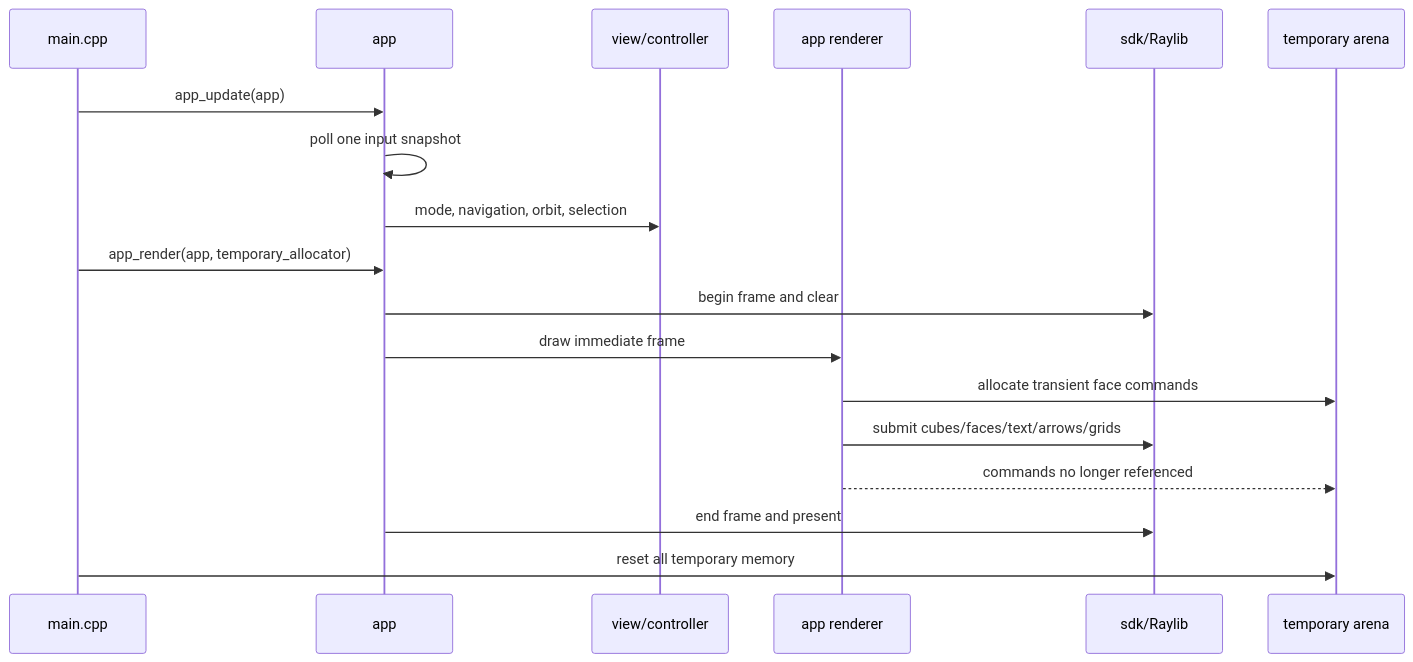
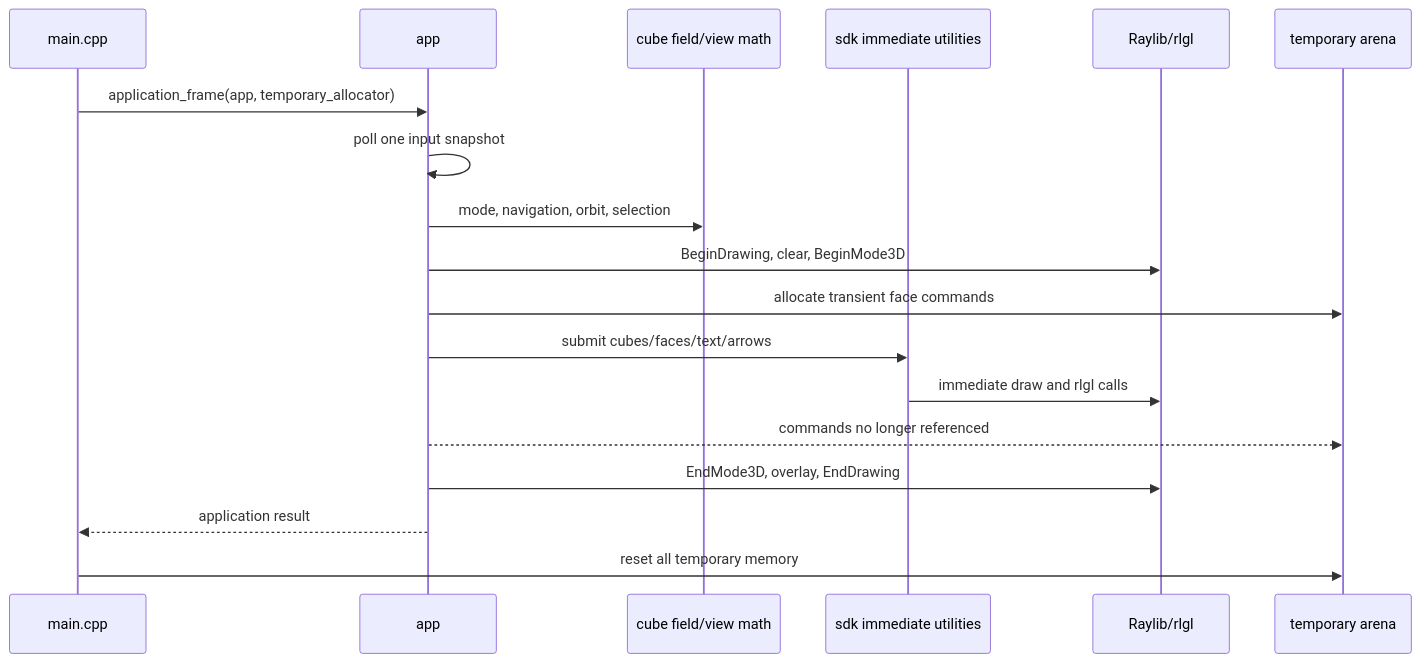
Before and after one commit to michael-weems/raylib_practice: the fifth of 11 diagrams in REPORT.md, drawn with Mermaid. The commit also changed other lines of this file and 43 other files, not shown here.

````diff
--- a/REPORT.md
+++ b/REPORT.md
@@ -465,21 +475,21 @@
 ```mermaid
 sequenceDiagram
     participant Main as main.cpp
     participant App as app
-    participant View as view/controller
-    participant Renderer as app renderer
-    participant SDK as sdk/Raylib
+    participant View as cube field/view math
+    participant SDK as sdk immediate utilities
+    participant Raylib as Raylib/rlgl
     participant Arena as temporary arena
 
-    Main->>App: app_update(app)
+    Main->>App: application_frame(app, temporary_allocator)
     App->>App: poll one input snapshot
     App->>View: mode, navigation, orbit, selection
-    Main->>App: app_render(app, temporary_allocator)
-    App->>SDK: begin frame and clear
-    App->>Renderer: draw immediate frame
-    Renderer->>Arena: allocate transient face commands
-    Renderer->>SDK: submit cubes/faces/text/arrows/grids
-    Renderer-->>Arena: commands no longer referenced
-    App->>SDK: end frame and present
+    App->>Raylib: BeginDrawing, clear, BeginMode3D
+    App->>Arena: allocate transient face commands
+    App->>SDK: submit cubes/faces/text/arrows
+    SDK->>Raylib: immediate draw and rlgl calls
+    App-->>Arena: commands no longer referenced
+    App->>Raylib: EndMode3D, overlay, EndDrawing
+    App-->>Main: application result
     Main->>Arena: reset all temporary memory
 ```
````
